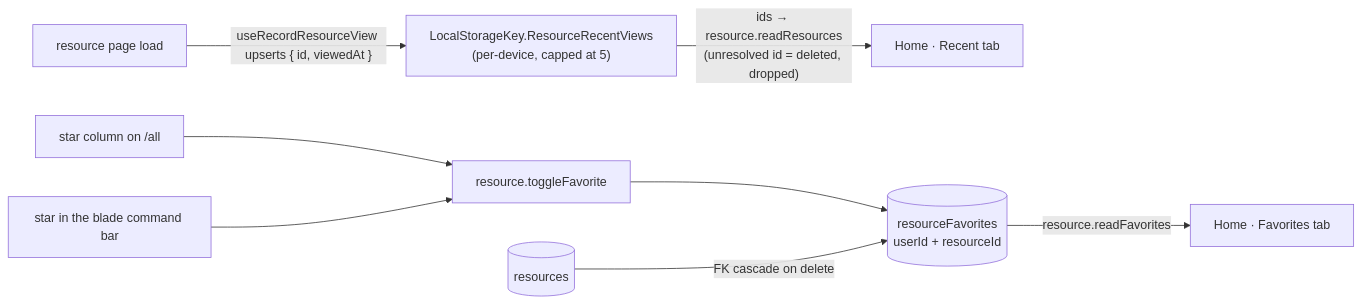
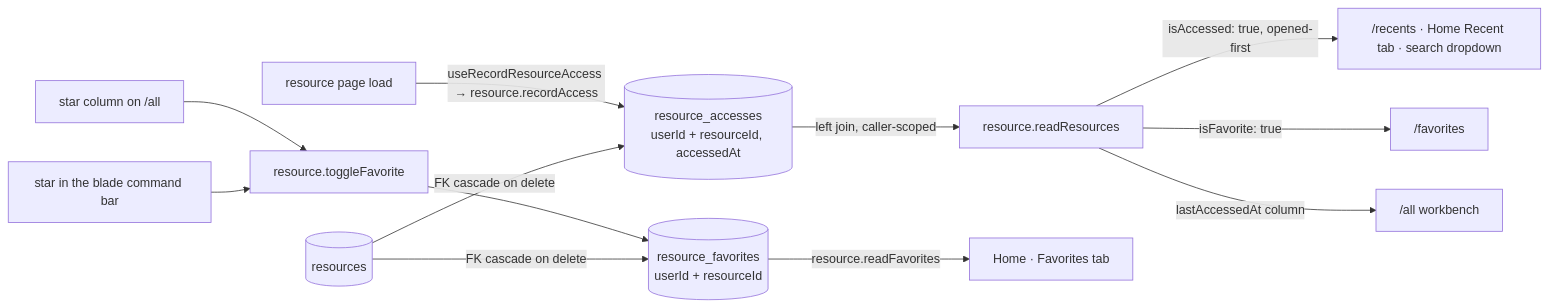
Before and after one commit to Esposter/Esposter: the diagram in packages/app/content/docs/platform/favorites-and-recents.md, drawn with Mermaid. The commit also changed other lines of this file and 76 other files, not shown here.

````diff
--- a/packages/app/content/docs/platform/favorites-and-recents.md
+++ b/packages/app/content/docs/platform/favorites-and-recents.md
@@ -18,10 +18,14 @@
 ```mermaid
 flowchart LR
-  OPEN["resource page load"] -->|"useRecordResourceView upserts { id, viewedAt }"| LS["LocalStorageKey.ResourceRecentViews<br/>(per-device, capped at 5)"]
-  LS -->|"ids → resource.readResources<br/>(unresolved id = deleted, dropped)"| RECENT["Home · Recent tab"]
+  OPEN["resource page load"] -->|"useRecordResourceAccess → resource.recordAccess"| ACC[("resource_accesses<br/>userId + resourceId, accessedAt")]
+  ACC -->|"left join, caller-scoped"| READ["resource.readResources"]
+  READ -->|"isAccessed: true, opened-first"| RECENT["/recents · Home Recent tab · search dropdown"]
+  READ -->|"isFavorite: true"| FLIST["/favorites"]
+  READ -->|"lastAccessedAt column"| ALL["/all workbench"]
   STARL["star column on /all"] --> TGL["resource.toggleFavorite"]
   STARB["star in the blade command bar"] --> TGL
-  TGL --> FAV[("resourceFavorites<br/>userId + resourceId")]
+  TGL --> FAV[("resource_favorites<br/>userId + resourceId")]
   FAV -->|resource.readFavorites| FTAB["Home · Favorites tab"]
   RES[("resources")] -->|FK cascade on delete| FAV
+  RES -->|FK cascade on delete| ACC
 ```
````
